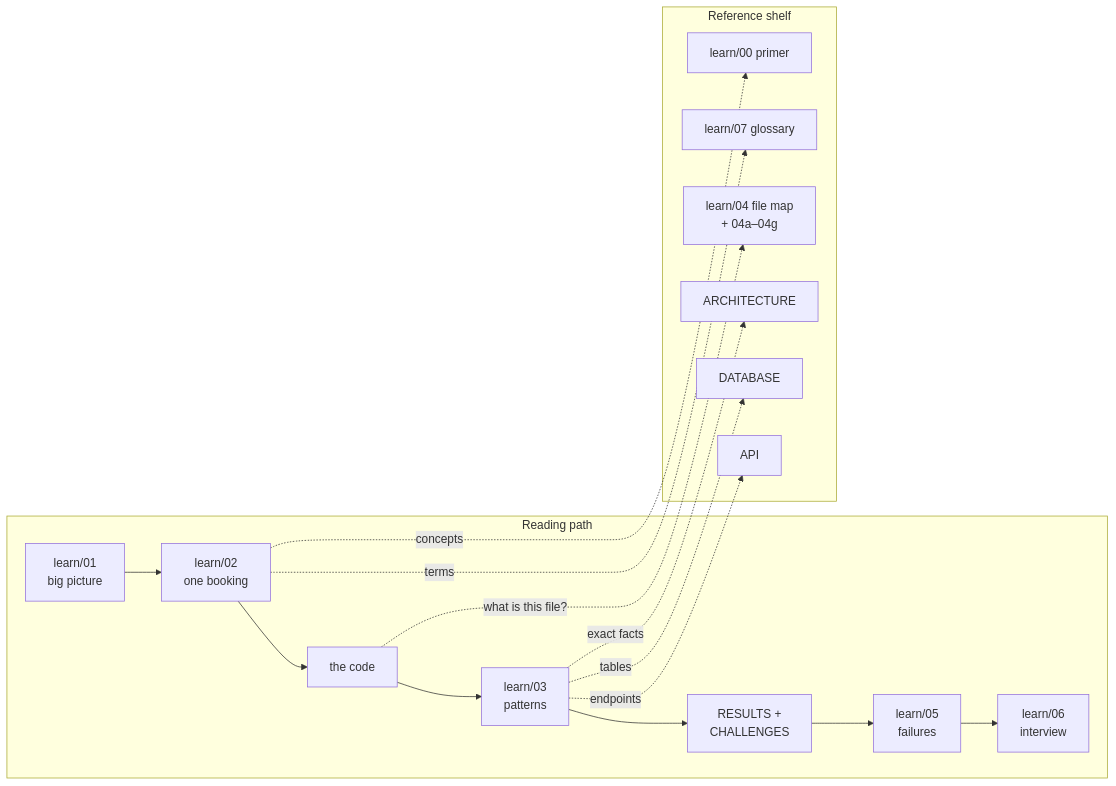
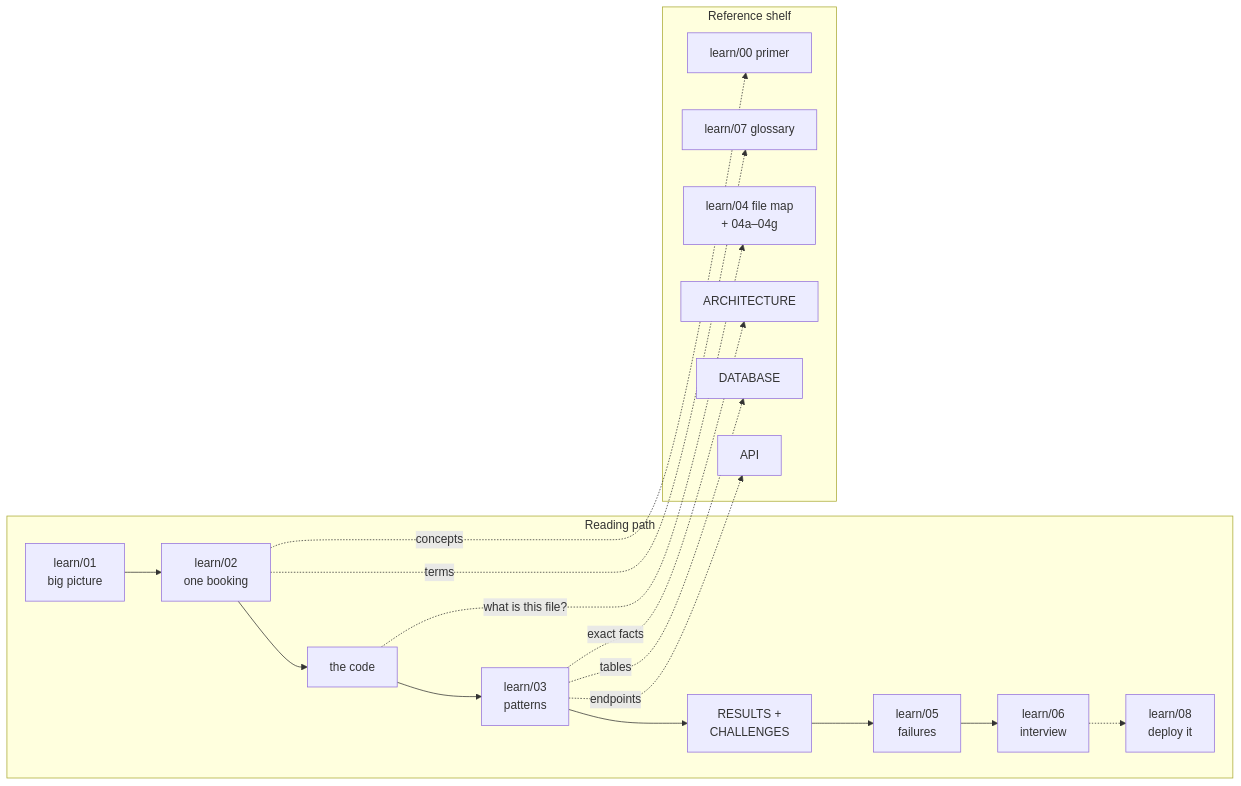
The diagram in docs/README.md (X-Rachit-X/Distributed-Inventory), drawn with Mermaid before and after one commit. The commit also changed other lines of this file and 43 other files, not shown here.

````diff
--- a/docs/README.md
+++ b/docs/README.md
@@ -55,20 +57,20 @@
 ```mermaid
 flowchart LR
     subgraph PATH["Reading path"]
-        L1["learn/01<br/>big picture"] --> L2["learn/02<br/>one booking"] --> CODE["the code"] --> L3["learn/03<br/>patterns"] --> WHY["RESULTS +<br/>CHALLENGES"] --> L5["learn/05<br/>failures"] --> L6["learn/06<br/>interview"]
+        L1["learn/01<br/>big picture"] --> L2["learn/02<br/>one booking"] --> CODE["the code"] --> L3["learn/03<br/>patterns"] --> WHY["RESULTS +<br/>CHALLENGES"] --> L5["learn/05<br/>failures"] --> L6["learn/06<br/>interview"] -.-> L8["learn/08<br/>deploy it"]
     end
     subgraph REF["Reference shelf"]
         P0["learn/00 primer"]
         G7["learn/07 glossary"]
         FM["learn/04 file map<br/>+ 04a–04g"]
         AR["ARCHITECTURE"]
         DB["DATABASE"]
         API["API"]
     end
     L2 -. terms .-> G7
     L2 -. concepts .-> P0
     CODE -. "what is this file?" .-> FM
     L3 -. exact facts .-> AR
     L3 -. tables .-> DB
     L3 -. endpoints .-> API
 ```
````
